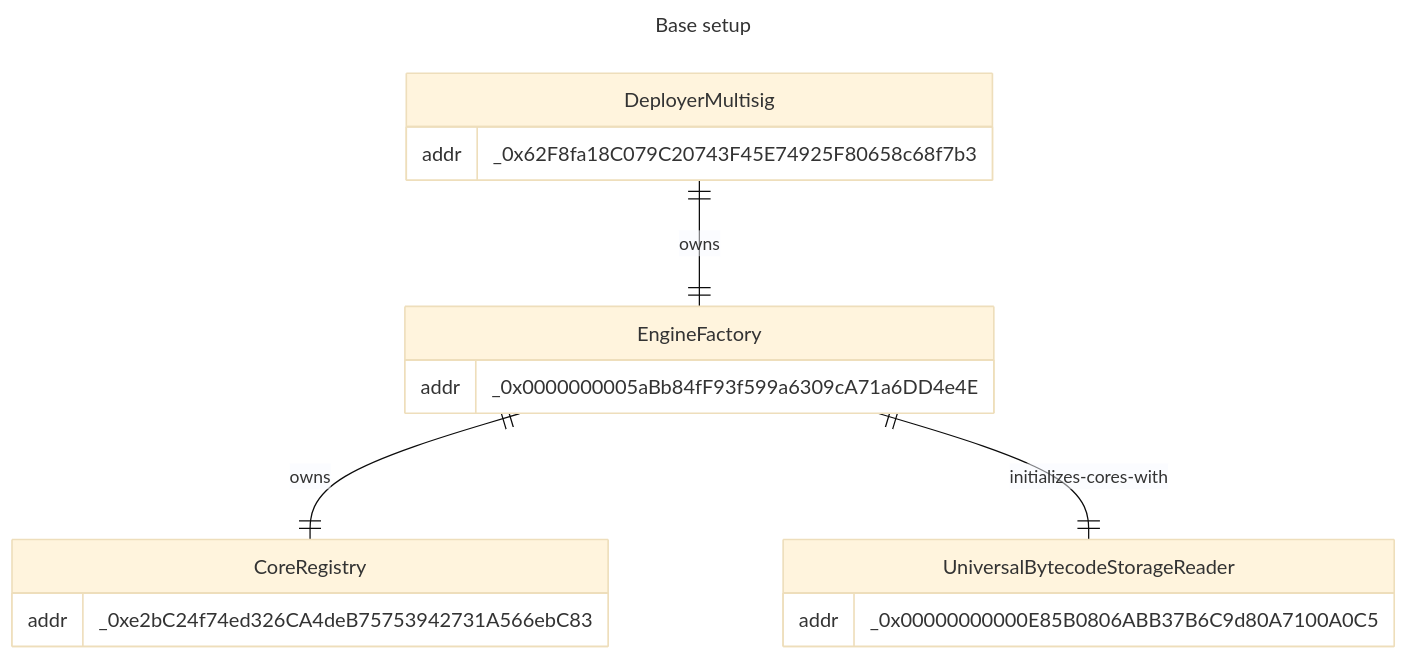
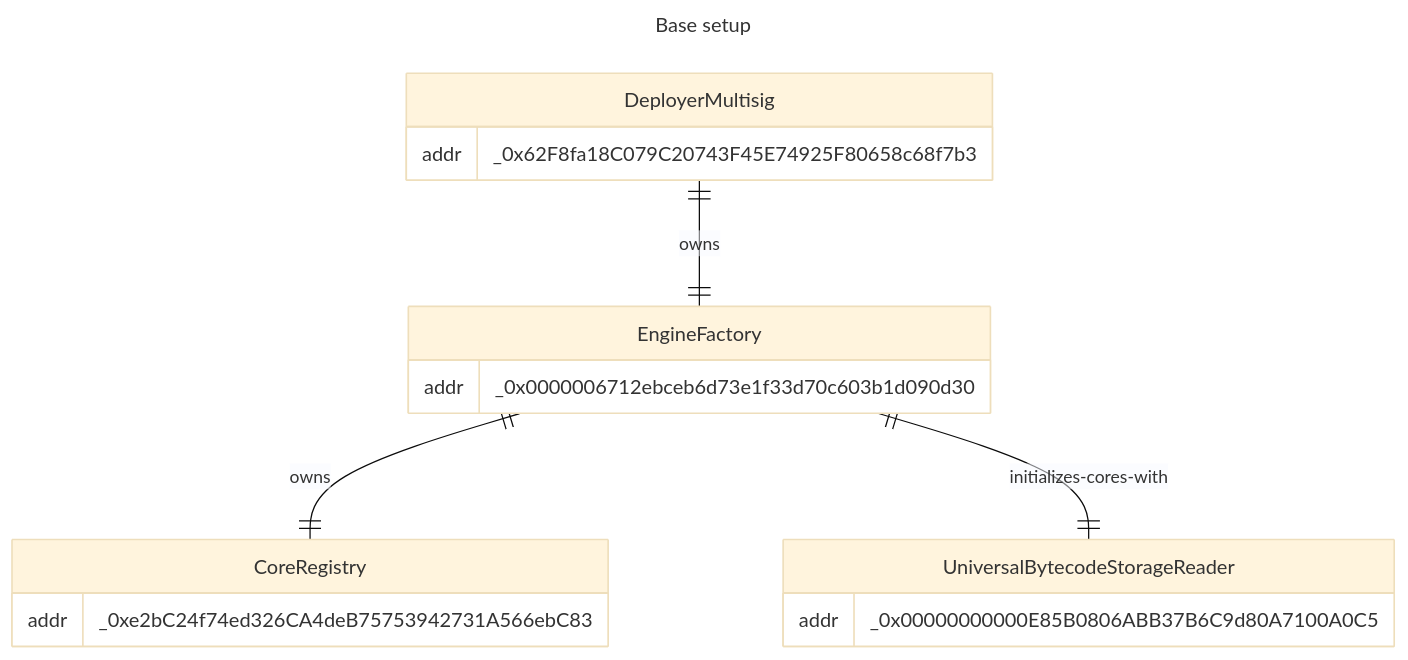
The third of 5 diagrams in packages/contracts/INFRASTRUCTURE.md (ArtBlocks/artblocks-contracts), drawn with Mermaid (base theme) before and after one commit. The commit also changed other lines of this file and 2 other files, not shown here.

````diff
--- a/packages/contracts/INFRASTRUCTURE.md
+++ b/packages/contracts/INFRASTRUCTURE.md
@@ -76,21 +76,21 @@
 ```mermaid
 ---
 title: Base setup
 ---
 erDiagram
     DeployerMultisig ||--|| EngineFactory : owns
     EngineFactory ||--|| CoreRegistry : owns
     EngineFactory ||--|| UniversalBytecodeStorageReader : initializes-cores-with
     DeployerMultisig {
         addr _0x62F8fa18C079C20743F45E74925F80658c68f7b3
     }
     EngineFactory {
-        addr _0x0000000005aBb84fF93f599a6309cA71a6DD4e4E
+        addr _0x0000006712ebceb6d73e1f33d70c603b1d090d30
     }
     CoreRegistry {
         addr _0xe2bC24f74ed326CA4deB75753942731A566ebC83
     }
     UniversalBytecodeStorageReader {
         addr _0x00000000000E85B0806ABB37B6C9d80A7100A0C5
     }
 ```
````
